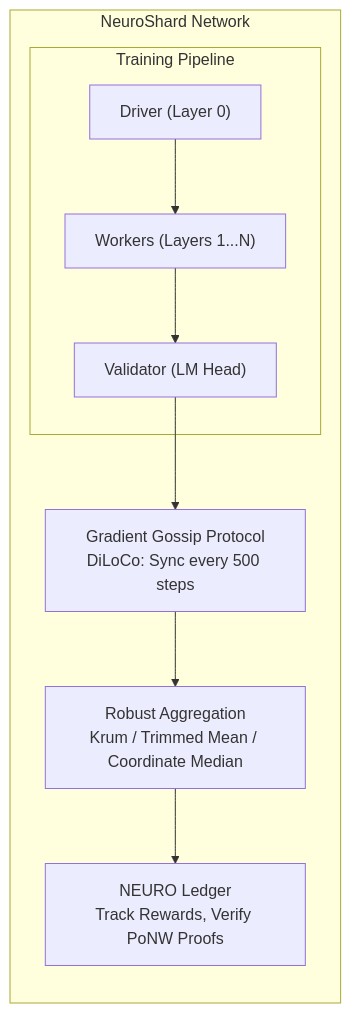
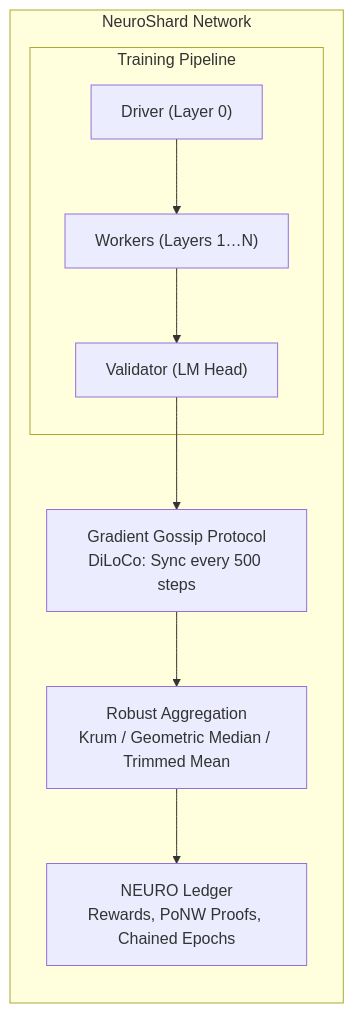
One commit to neuroshard-ai/neuroshard changed the diagram in docs-site/guide/introduction.md. Above: the diagram before and after it, drawn with Mermaid. The commit also changed other lines of this file and 21 other files, not shown here.

````diff
--- a/docs-site/guide/introduction.md
+++ b/docs-site/guide/introduction.md
@@ -52,23 +54,23 @@
 ```mermaid
 graph TB
     subgraph Network["NeuroShard Network"]
         direction TB
-        
+
         subgraph Roles["Training Pipeline"]
             Driver["Driver (Layer 0)"]
-            Workers["Workers (Layers 1...N)"]
+            Workers["Workers (Layers 1…N)"]
             Validator["Validator (LM Head)"]
         end
-        
+
         Driver --> Workers
         Workers --> Validator
-        
+
         Gossip["Gradient Gossip Protocol<br/>DiLoCo: Sync every 500 steps"]
-        Agg["Robust Aggregation<br/>Krum / Trimmed Mean / Coordinate Median"]
-        Ledger["NEURO Ledger<br/>Track Rewards, Verify PoNW Proofs"]
-        
+        Agg["Robust Aggregation<br/>Krum / Geometric Median / Trimmed Mean"]
+        Ledger["NEURO Ledger<br/>Rewards, PoNW Proofs, Chained Epochs"]
+
         Validator --> Gossip
         Gossip --> Agg
         Agg --> Ledger
     end
 ```
````
